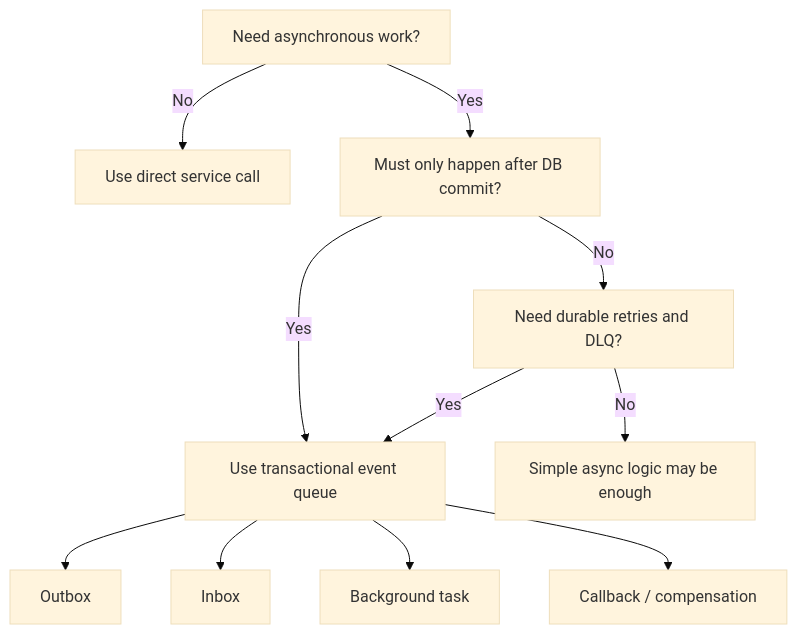
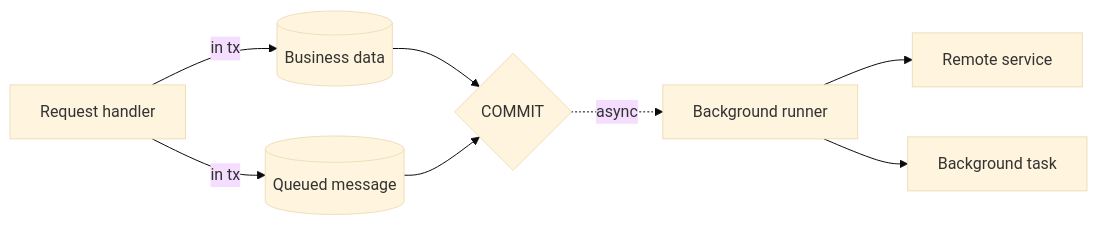
Before and after one commit to capire/docs: the first of 2 diagrams in guides/events/event-queues.md, drawn with Mermaid (base theme). The commit also changed other lines of this file, not shown here.

````diff
--- a/guides/events/event-queues.md
+++ b/guides/events/event-queues.md
@@ -61,14 +29,9 @@
 ```mermaid
-flowchart TD
-    A[Need asynchronous work?] -->|No| B[Use direct service call]
-    A -->|Yes| C[Must only happen after DB commit?]
-    C -->|Yes| D[Use transactional event queue]
-    C -->|No| E[Need durable retries and DLQ?]
-    E -->|Yes| D
-    E -->|No| F[Simple async logic may be enough]
-
-    D --> G[Outbox]
-    D --> H[Inbox]
-    D --> I[Background task]
-    D --> J[Callback / compensation]
+flowchart LR
+    A[Request handler] -- in tx --> B[(Business data)]
+    A -- in tx --> C[(Queued message)]
+    B & C --> D{COMMIT}
+    D -. async .-> E[Background runner]
+    E --> F[Remote service]
+    E --> G[Background task]
 ```
````
